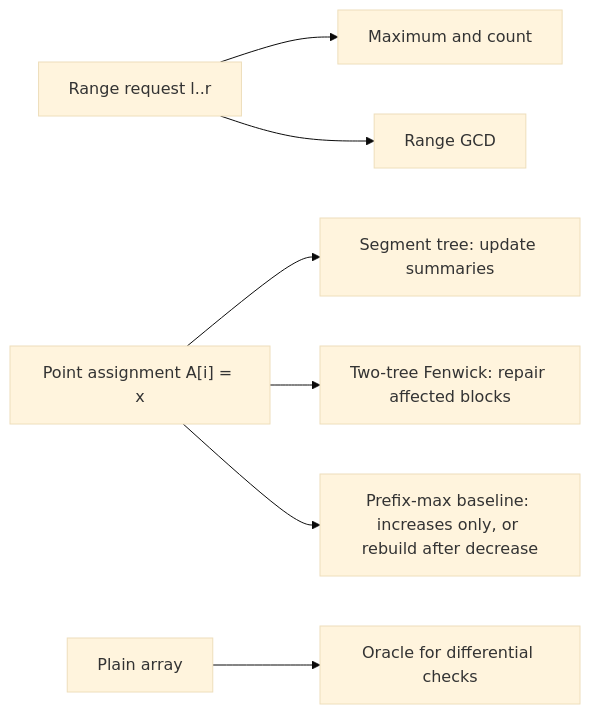
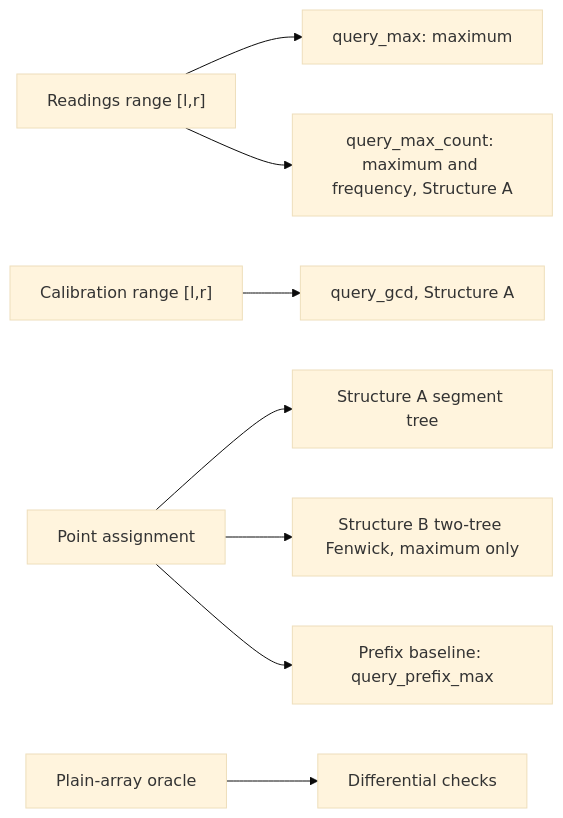
The first of 2 diagrams in REPORT.md (Akhileshrao1/cs253-omega-p05), drawn with Mermaid (base theme) before and after one commit. The commit also changed other lines of this file, not shown here.

````diff
--- a/REPORT.md
+++ b/REPORT.md
@@ -52,9 +52,10 @@
 ```mermaid
-flowchart LR
-  Q[Range request l..r] --> M[Maximum and count]
-  Q --> G[Range GCD]
-  U["Point assignment A[i] = x"] --> A["Segment tree: update summaries"]
-  U --> B[Two-tree Fenwick: repair affected blocks]
-  U --> P[Prefix-max baseline: increases only, or rebuild after decrease]
-  O[Plain array] --> V[Oracle for differential checks]
+graph LR
+  Q["Readings range [l,r]"] --> M["query_max: maximum"]
+  Q --> C["query_max_count: maximum and frequency, Structure A"]
+  G["Calibration range [l,r]"] --> H["query_gcd, Structure A"]
+  U["Point assignment"] --> A["Structure A segment tree"]
+  U --> B["Structure B two-tree Fenwick, maximum only"]
+  U --> P["Prefix baseline: query_prefix_max"]
+  O["Plain-array oracle"] --> V["Differential checks"]
 ```
````
